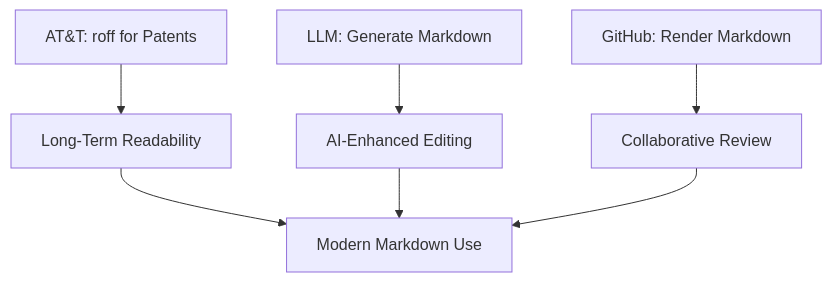
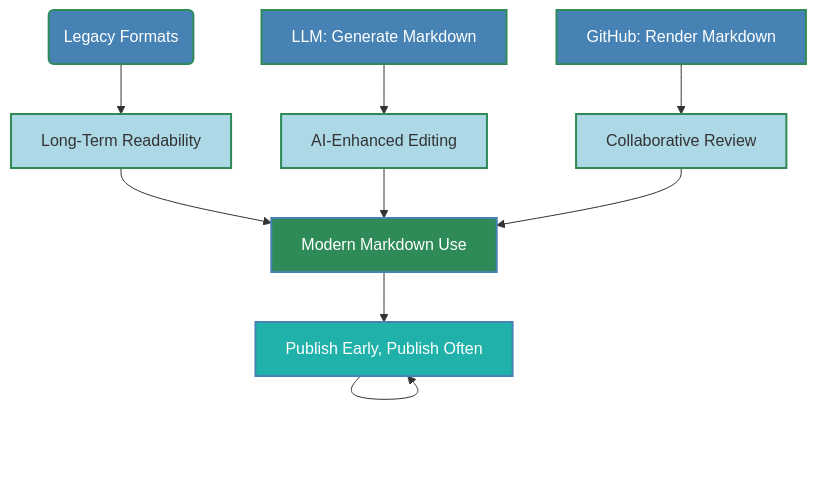
Before and after one commit to buckeye43210/markdown-to-snowkb: the first of 4 diagrams in README.md, drawn with Mermaid. The commit also changed other lines of this file and 1 other file, not shown here.

````diff
--- a/README.md
+++ b/README.md
@@ -51,9 +48,20 @@
 ```mermaid
 graph TD
-    A[AT&T: roff for Patents] --> B[Long-Term Readability]
-    C[LLM: Generate Markdown] --> D[AI-Enhanced Editing]
+    A(Legacy Formats)          --> B[Long-Term Readability]
+    C[LLM: Generate Markdown]  --> D[AI-Enhanced Editing]
     E[GitHub: Render Markdown] --> F[Collaborative Review]
     B --> G[Modern Markdown Use]
     D --> G
     F --> G
+    G --> H[Publish Early, Publish Often]
+    H --> H
+    
+    style A fill:#4682B4,stroke:#2E8B57,stroke-width:2px,color:#FFFFFF
+    style B fill:#ADD8E6,stroke:#2E8B57,stroke-width:2px
+    style C fill:#4682B4,stroke:#2E8B57,stroke-width:2px,color:#FFFFFF
+    style D fill:#ADD8E6,stroke:#2E8B57,stroke-width:2px
+    style E fill:#4682B4,stroke:#2E8B57,stroke-width:2px,color:#FFFFFF
+    style F fill:#ADD8E6,stroke:#2E8B57,stroke-width:2px
+    style G fill:#2E8B57,stroke:#4682B4,stroke-width:2px,color:#FFFFFF
+    style H fill:#20B2AA,stroke:#4682B4,stroke-width:2px,color:#FFFFFF
 ```
````
